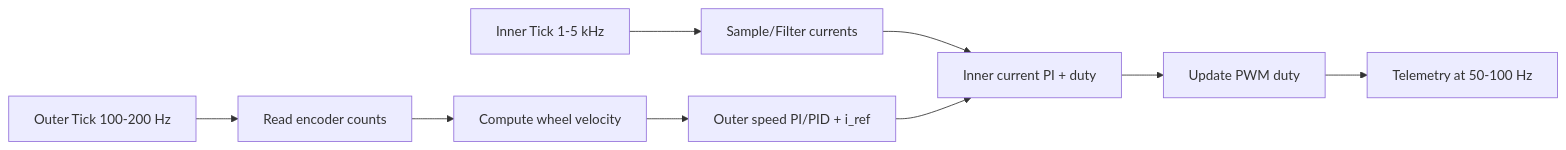
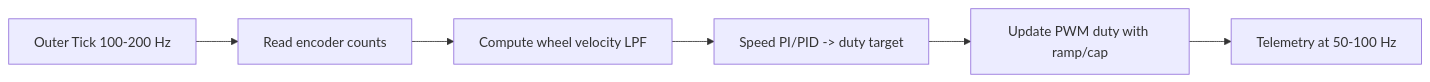
Before and after one commit to KartikMehta-1/AMR-development: the second of 3 diagrams in docs/firmware_motor_control.md, drawn with Mermaid. The commit also changed other lines of this file and 14 other files, not shown here.

````diff
--- a/docs/firmware_motor_control.md
+++ b/docs/firmware_motor_control.md
@@ -86,23 +80,16 @@
 ```mermaid
 graph LR
-  %% Control tick sequence (cascaded example)
-  TICK_I[Inner Tick 1-5 kHz]
+  %% Control tick sequence (single-loop speed)
   TICK_W[Outer Tick 100-200 Hz]
-  SAMPLE_I[Sample/Filter currents]
   READ_W[Read encoder counts]
-  EST_W[Compute wheel velocity]
-  CTRL_W[Outer speed PI/PID + i_ref]
-  CTRL_I[Inner current PI + duty]
-  APPLY[Update PWM duty]
+  EST_W[Compute wheel velocity LPF]
+  CTRL_W[Speed PI/PID -> duty target]
+  APPLY[Update PWM duty with ramp/cap]
   TEL[Telemetry at 50-100 Hz]
-
-  TICK_I --> SAMPLE_I
-  SAMPLE_I --> CTRL_I
-  CTRL_I --> APPLY
-  APPLY --> TEL
 
   TICK_W --> READ_W
   READ_W --> EST_W
   EST_W --> CTRL_W
-  CTRL_W --> CTRL_I
+  CTRL_W --> APPLY
+  APPLY --> TEL
 ```
````
